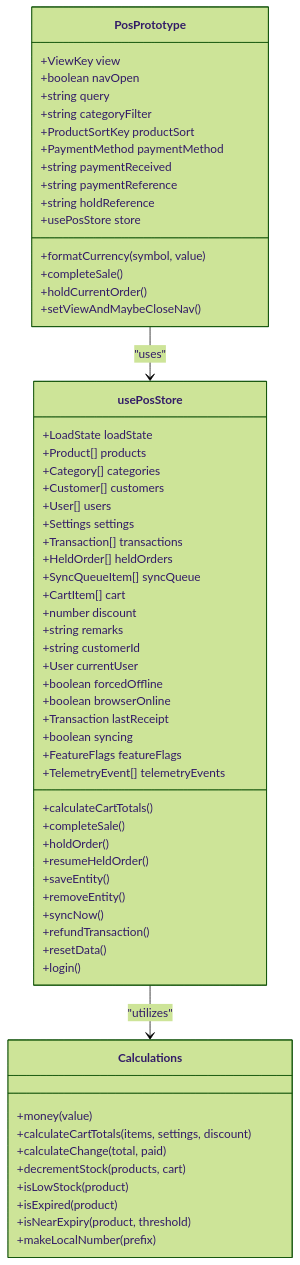
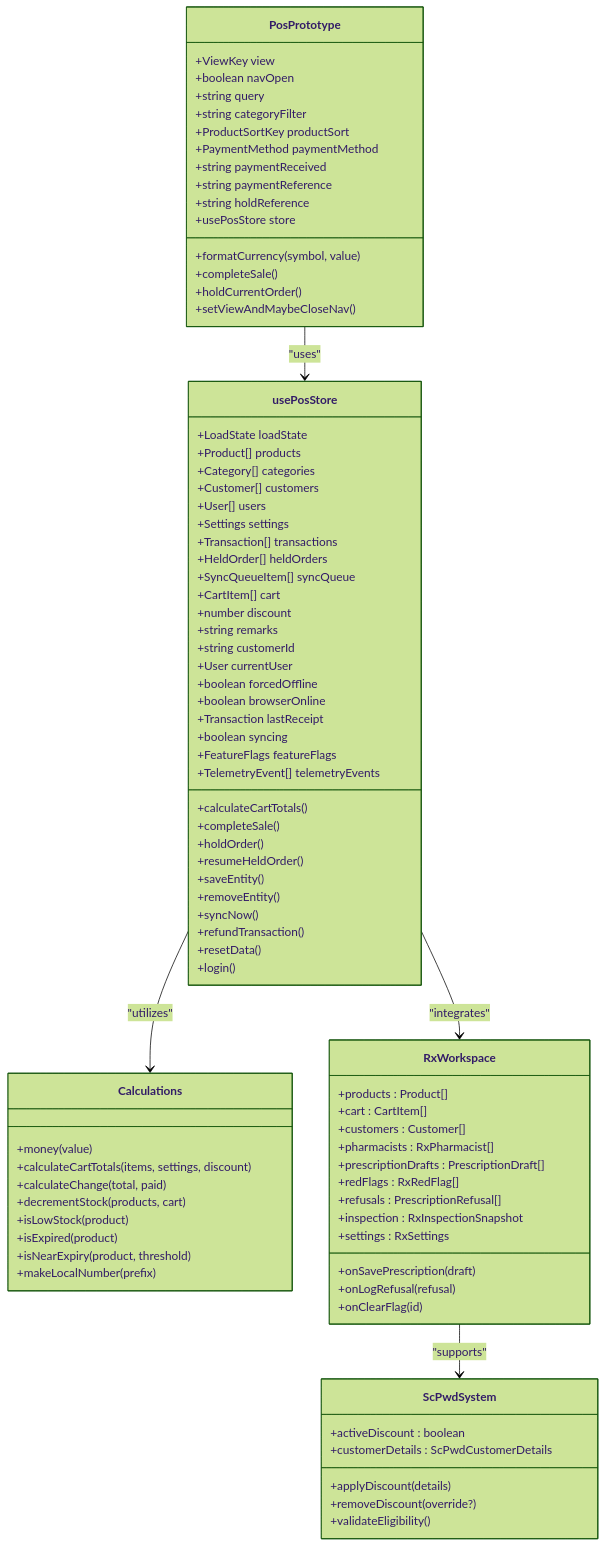
One commit to yosefdc7/PharmaPOS changed the third of 6 diagrams in .qoder/repowiki/en/content/Frontend Interface/Next.js Web POS Prototype.md. Above: the diagram before and after it, drawn with Mermaid (forest theme). The commit also changed other lines of this file and 11 other files, not shown here.

````diff
--- a/.qoder/repowiki/en/content/Frontend Interface/Next.js Web POS Prototype.md
+++ b/.qoder/repowiki/en/content/Frontend Interface/Next.js Web POS Prototype.md
@@ -231,6 +346,29 @@
 +isNearExpiry(product, threshold)
 +makeLocalNumber(prefix)
 }
+class RxWorkspace {
++products : Product[]
++cart : CartItem[]
++customers : Customer[]
++pharmacists : RxPharmacist[]
++prescriptionDrafts : PrescriptionDraft[]
++redFlags : RxRedFlag[]
++refusals : PrescriptionRefusal[]
++inspection : RxInspectionSnapshot
++settings : RxSettings
++onSavePrescription(draft)
++onLogRefusal(refusal)
++onClearFlag(id)
+}
+class ScPwdSystem {
++activeDiscount : boolean
++customerDetails : ScPwdCustomerDetails
++applyDiscount(details)
++removeDiscount(override?)
++validateEligibility()
+}
 PosPrototype --> usePosStore : "uses"
 usePosStore --> Calculations : "utilizes"
+usePosStore --> RxWorkspace : "integrates"
+RxWorkspace --> ScPwdSystem : "supports"
 ```
````
